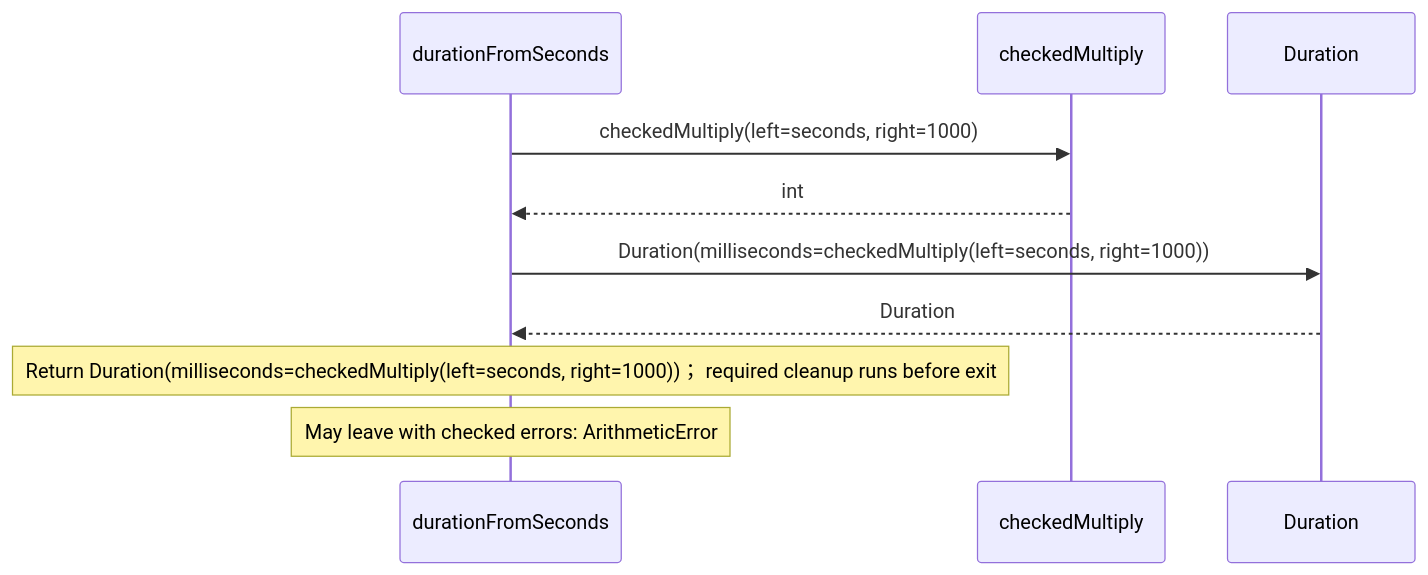
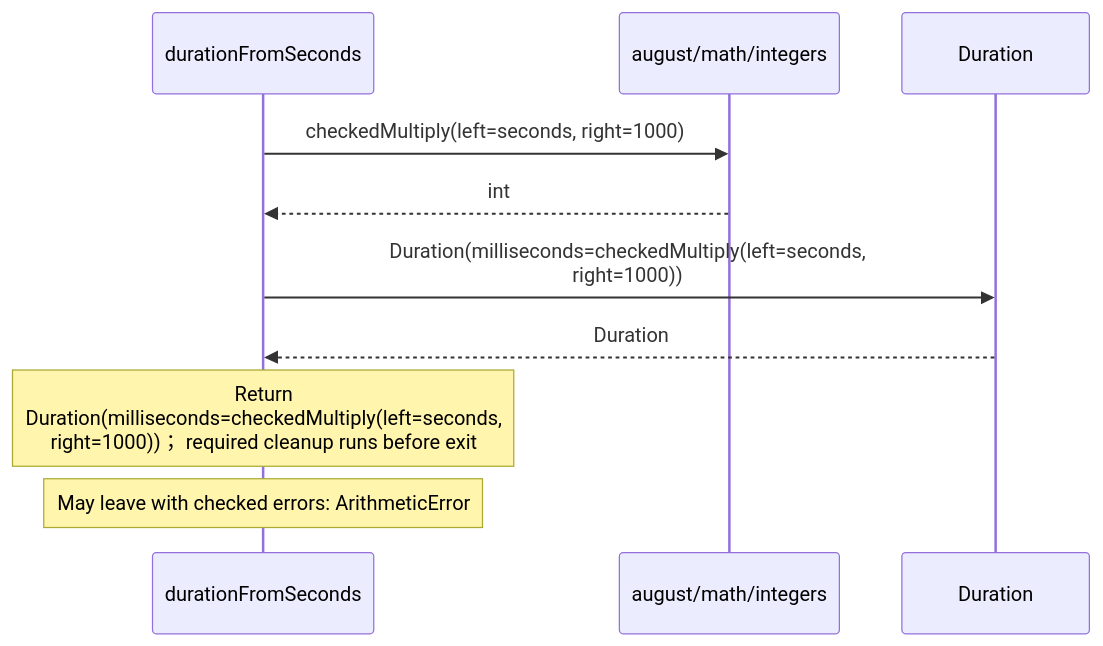
One commit to GreenPandaStudios/augscript changed the fifth of 7 diagrams in src/stdlib/values/durations.aug.diagrams.md. Above: the diagram before and after it, drawn with Mermaid. The commit also changed other lines of this file and 200 other files, not shown here.

Commit message:
Group imported operations and wrap readable sequence messages

````diff
--- a/src/stdlib/values/durations.aug.diagrams.md
+++ b/src/stdlib/values/durations.aug.diagrams.md
@@ -188,12 +188,12 @@
 ```mermaid
 sequenceDiagram
     participant p0 as durationFromSeconds
-    participant p1 as checkedMultiply
+    participant p1 as august/math/integers
     participant p2 as Duration
     p0->>p1: checkedMultiply(left=seconds, right=1000)
     p1-->>p0: int
-    p0->>p2: Duration(milliseconds=checkedMultiply(left=seconds, right=1000))
+    p0->>p2: Duration(milliseconds=checkedMultiply(left=seconds,<br/>right=1000))
     p2-->>p0: Duration
-    Note over p0: Return Duration(milliseconds=checkedMultiply(left=seconds, right=1000))； required cleanup runs before exit
+    Note over p0: Return<br/>Duration(milliseconds=checkedMultiply(left=seconds,<br/>right=1000))； required cleanup runs before exit
     Note over p0: May leave with checked errors: ArithmeticError
 ```
````
